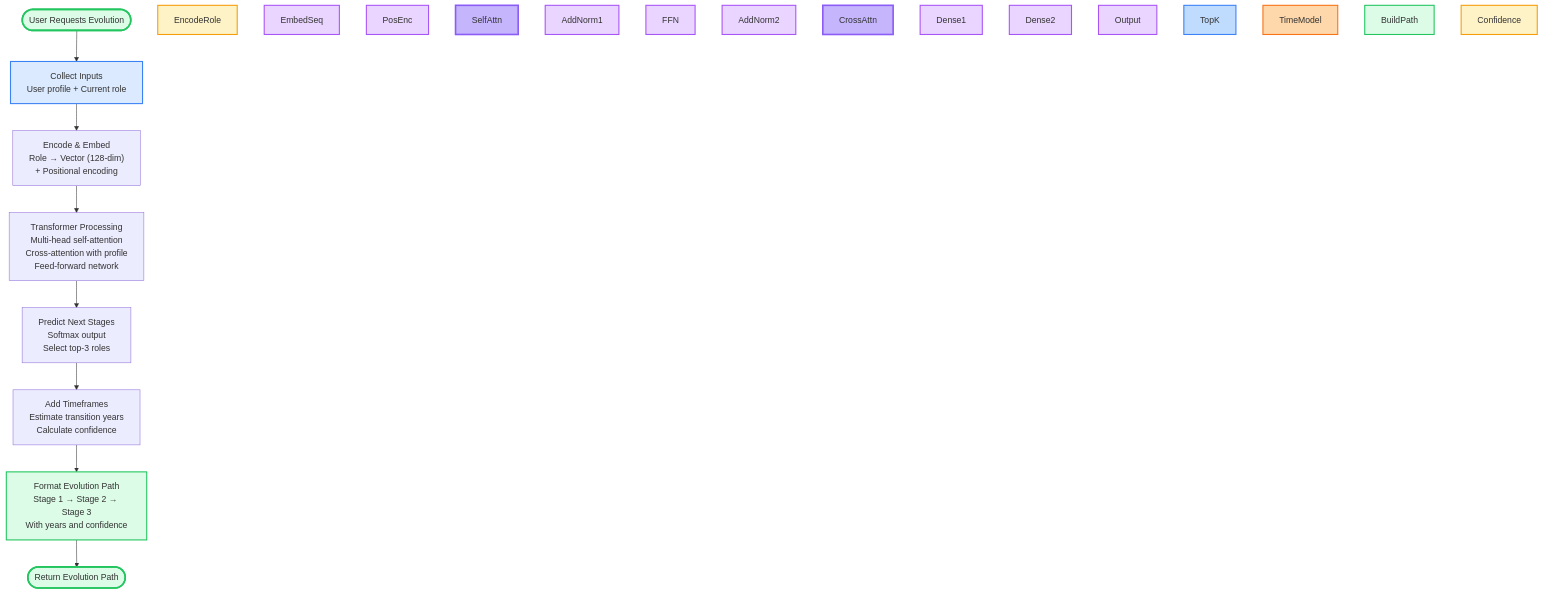
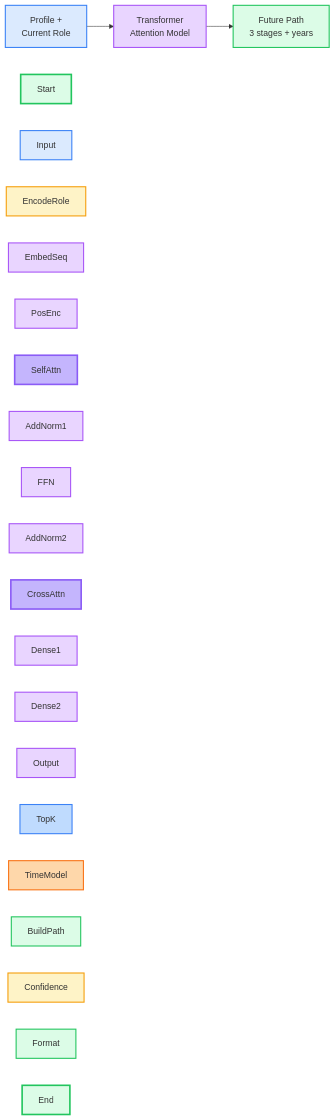
The diagram in docs/figures/06_career_evolution_transformer.mmd (rafainamdar04/BrightPathCareerRecommendation), drawn with Mermaid before and after one commit. The commit also changed 5 other files, not shown here.

First line of the commit message:
Simplify algorithm diagrams to minimal essential flow

```diff
--- a/docs/figures/06_career_evolution_transformer.mmd
+++ b/docs/figures/06_career_evolution_transformer.mmd
@@ -1,36 +1,29 @@
-flowchart TD
-    %% Career Evolution Algorithm (Transformer-based) - Simplified
+flowchart LR
+    %% Career Evolution - Simple
     
-    Start([User Requests Evolution]) --> Input["Collect Inputs<br/>User profile + Current role"]
+    A["Profile +<br/>Current Role"] --> B["Transformer<br/>Attention Model"]
+    B --> C["Future Path<br/>3 stages + years"]
     
-    Input --> Encode["Encode & Embed<br/>Role → Vector (128-dim)<br/>+ Positional encoding"]
-    
-    Encode --> Attention["Transformer Processing<br/>Multi-head self-attention<br/>Cross-attention with profile<br/>Feed-forward network"]
-    
-    Attention --> Predict["Predict Next Stages<br/>Softmax output<br/>Select top-3 roles"]
-    
-    Predict --> Timeline["Add Timeframes<br/>Estimate transition years<br/>Calculate confidence"]
-    
-    Timeline --> Format["Format Evolution Path<br/>Stage 1 → Stage 2 → Stage 3<br/>With years and confidence"]
-    
-    Format --> End([Return Evolution Path])
+    style A fill:#dbeafe,stroke:#3b82f6,stroke-width:2px
+    style B fill:#e9d5ff,stroke:#a855f7,stroke-width:2px
+    style C fill:#dcfce7,stroke:#22c55e,stroke-width:2px
     
     style Start fill:#dcfce7,stroke:#22c55e,stroke-width:3px
     style Input fill:#dbeafe,stroke:#3b82f6,stroke-width:2px
     style EncodeRole fill:#fef3c7,stroke:#f59e0b,stroke-width:2px
     style EmbedSeq fill:#e9d5ff,stroke:#a855f7,stroke-width:2px
     style PosEnc fill:#e9d5ff,stroke:#a855f7,stroke-width:2px
     style SelfAttn fill:#c4b5fd,stroke:#8b5cf6,stroke-width:3px
     style AddNorm1 fill:#e9d5ff,stroke:#a855f7,stroke-width:2px
     style FFN fill:#e9d5ff,stroke:#a855f7,stroke-width:2px
     style AddNorm2 fill:#e9d5ff,stroke:#a855f7,stroke-width:2px
     style CrossAttn fill:#c4b5fd,stroke:#8b5cf6,stroke-width:3px
     style Dense1 fill:#e9d5ff,stroke:#a855f7,stroke-width:2px
     style Dense2 fill:#e9d5ff,stroke:#a855f7,stroke-width:2px
     style Output fill:#e9d5ff,stroke:#a855f7,stroke-width:2px
     style TopK fill:#bfdbfe,stroke:#3b82f6,stroke-width:2px
     style TimeModel fill:#fed7aa,stroke:#f97316,stroke-width:2px
     style BuildPath fill:#dcfce7,stroke:#22c55e,stroke-width:2px
     style Confidence fill:#fef3c7,stroke:#f59e0b,stroke-width:2px
     style Format fill:#dcfce7,stroke:#22c55e,stroke-width:2px
     style End fill:#dcfce7,stroke:#22c55e,stroke-width:3px
```
